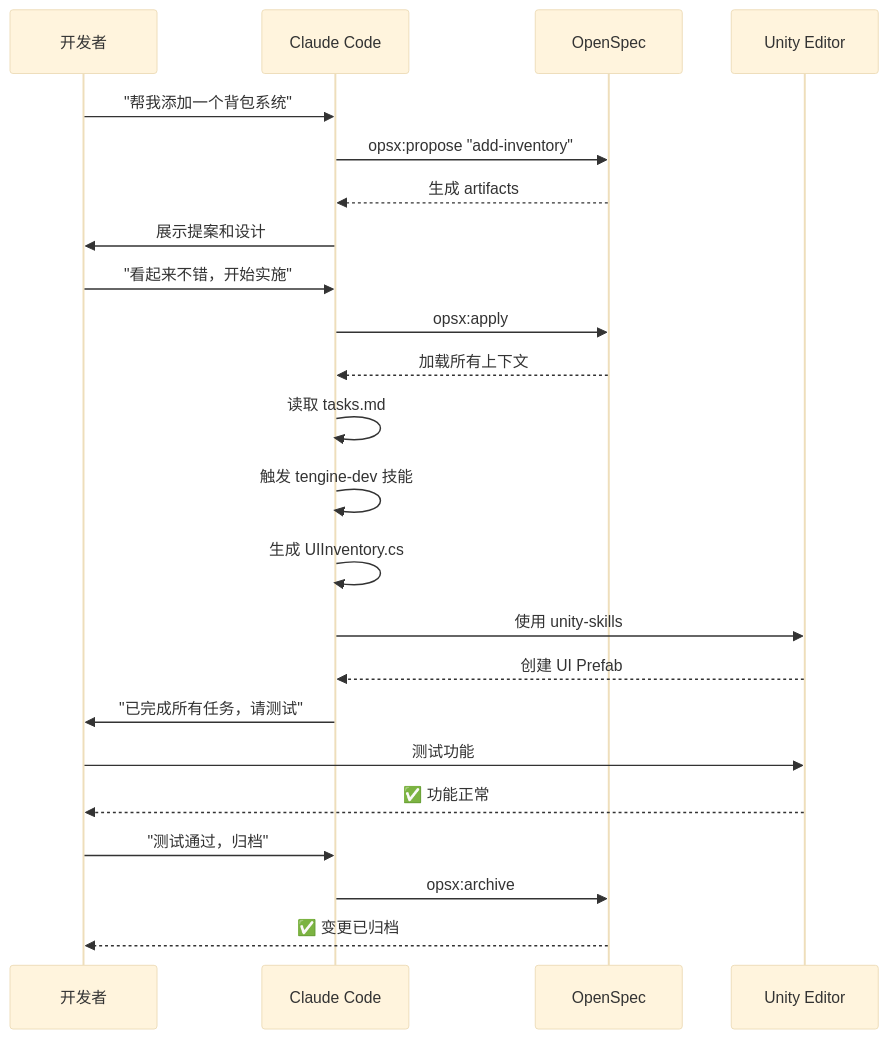
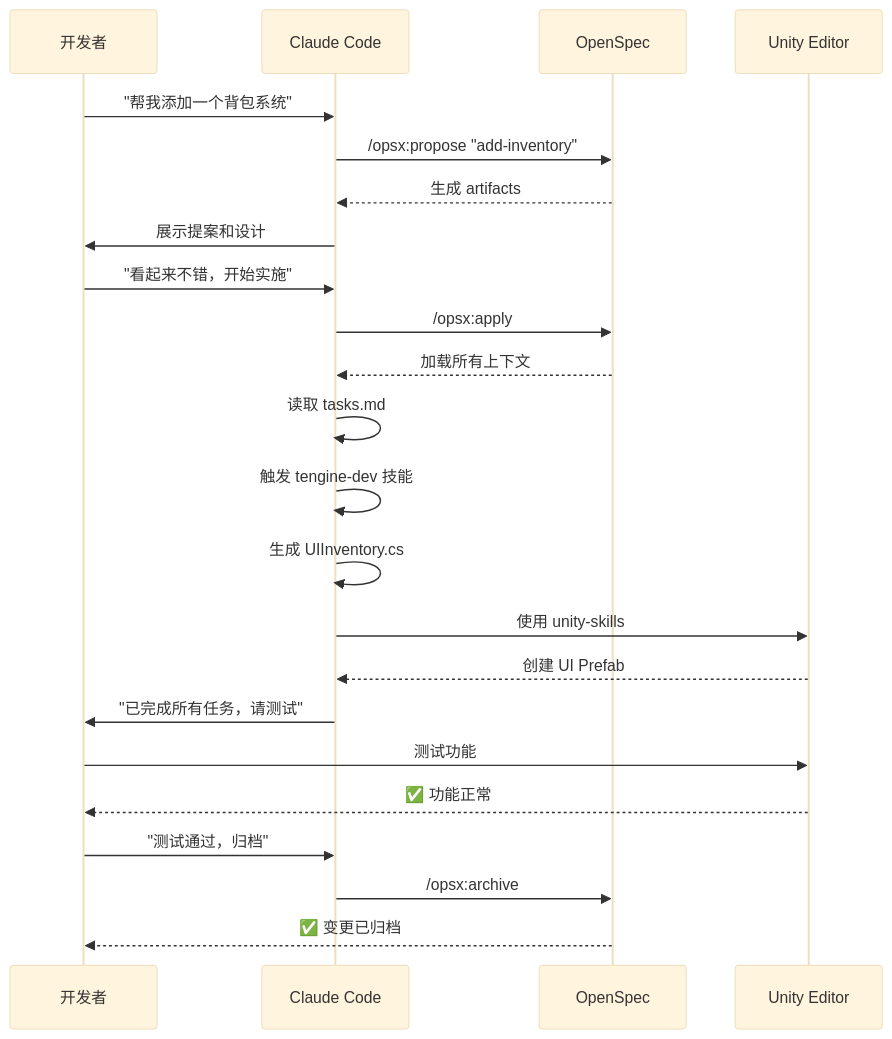
Before and after one commit to tpxxn/TEngine: the seventh of 14 diagrams in Books/AI-Development-Workflow.md, drawn with Mermaid (base theme). The commit also changed other lines of this file and 7 other files, not shown here.

````diff
--- a/Books/AI-Development-Workflow.md
+++ b/Books/AI-Development-Workflow.md
@@ -365,32 +367,32 @@
 ```mermaid
 sequenceDiagram
     participant Dev as 开发者
     participant Claude as Claude Code
     participant OpenSpec as OpenSpec
     participant Unity as Unity Editor
 
     Dev->>Claude: "帮我添加一个背包系统"
-    Claude->>OpenSpec: opsx:propose "add-inventory"
+    Claude->>OpenSpec: /opsx:propose "add-inventory"
     OpenSpec-->>Claude: 生成 artifacts
     Claude->>Dev: 展示提案和设计
 
     Dev->>Claude: "看起来不错，开始实施"
-    Claude->>OpenSpec: opsx:apply
+    Claude->>OpenSpec: /opsx:apply
     OpenSpec-->>Claude: 加载所有上下文
 
     Claude->>Claude: 读取 tasks.md
     Claude->>Claude: 触发 tengine-dev 技能
     Claude->>Claude: 生成 UIInventory.cs
 
     Claude->>Unity: 使用 unity-skills
     Unity-->>Claude: 创建 UI Prefab
 
     Claude->>Dev: "已完成所有任务，请测试"
 
     Dev->>Unity: 测试功能
     Unity-->>Dev: ✅ 功能正常
 
     Dev->>Claude: "测试通过，归档"
-    Claude->>OpenSpec: opsx:archive
+    Claude->>OpenSpec: /opsx:archive
     OpenSpec-->>Dev: ✅ 变更已归档
 ```
````
